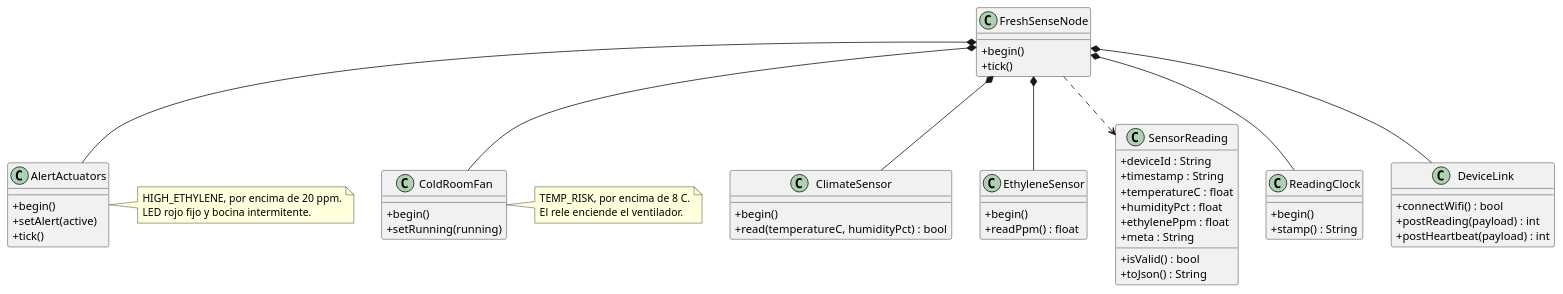
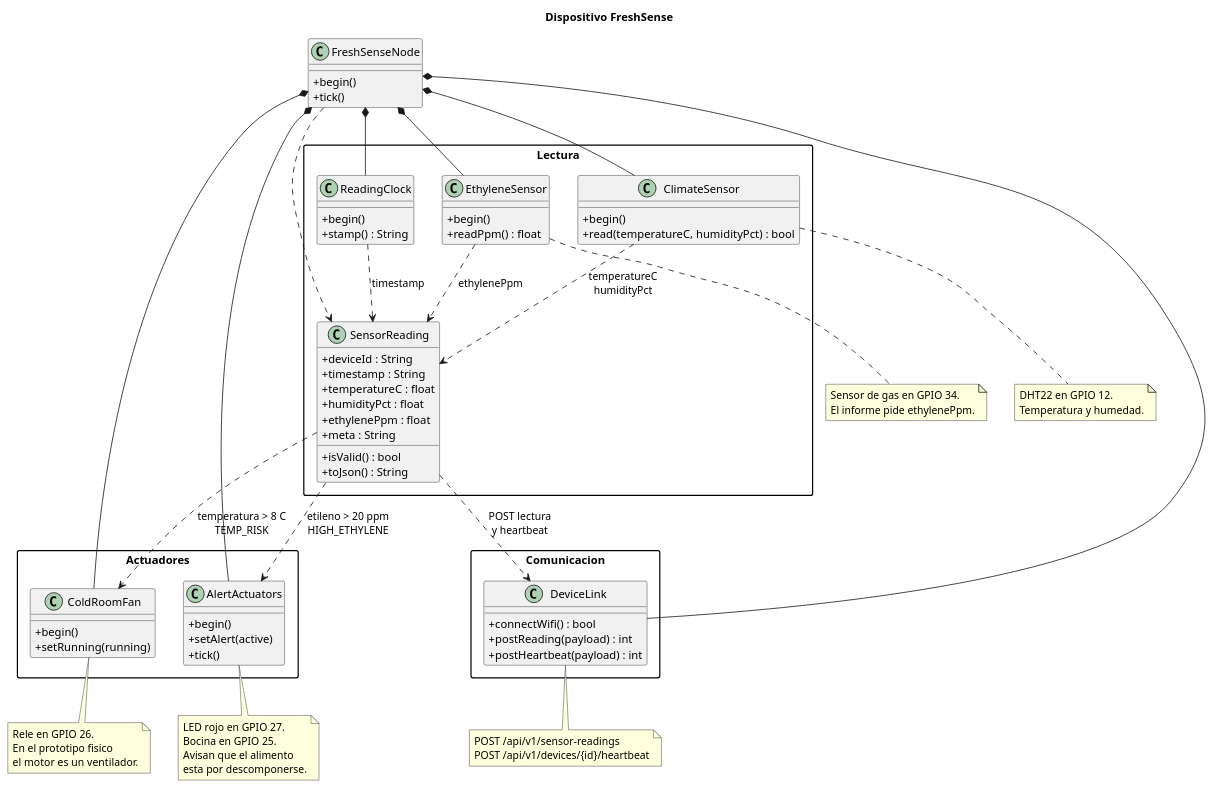
One commit to u202314019-MrOsoPanda/wokwi changed the diagram in docs/class-diagram.puml. Above: the diagram before and after it, drawn with PlantUML. The commit also changed 3 other files, not shown here.

Commit message:
Document the class diagram and explain each actuator in the firmware.

```diff
--- a/docs/class-diagram.puml
+++ b/docs/class-diagram.puml
@@ -1,69 +1,104 @@
 @startuml FreshSenseDevice
 skinparam classAttributeIconSize 0
+skinparam packageStyle rectangle
+skinparam shadowing false
 
-class ClimateSensor {
-  + begin()
-  + read(temperatureC, humidityPct) : bool
+title Dispositivo FreshSense
+
+package "Lectura" {
+  class ClimateSensor {
+    + begin()
+    + read(temperatureC, humidityPct) : bool
+  }
+
+  class EthyleneSensor {
+    + begin()
+    + readPpm() : float
+  }
+
+  class ReadingClock {
+    + begin()
+    + stamp() : String
+  }
+
+  class SensorReading {
+    + deviceId : String
+    + timestamp : String
+    + temperatureC : float
+    + humidityPct : float
+    + ethylenePpm : float
+    + meta : String
+    + isValid() : bool
+    + toJson() : String
+  }
 }
 
-class EthyleneSensor {
-  + begin()
-  + readPpm() : float
+package "Actuadores" {
+  class AlertActuators {
+    + begin()
+    + setAlert(active)
+    + tick()
+  }
+
+  class ColdRoomFan {
+    + begin()
+    + setRunning(running)
+  }
 }
 
-class SensorReading {
-  + deviceId : String
-  + timestamp : String
-  + temperatureC : float
-  + humidityPct : float
-  + ethylenePpm : float
-  + meta : String
-  + isValid() : bool
-  + toJson() : String
-}
-
-class ReadingClock {
-  + begin()
-  + stamp() : String
-}
-
-class AlertActuators {
-  + begin()
-  + setAlert(active)
-  + tick()
-}
-
-class ColdRoomFan {
-  + begin()
-  + setRunning(running)
-}
-
-class DeviceLink {
-  + connectWifi() : bool
-  + postReading(payload) : int
-  + postHeartbeat(payload) : int
+package "Comunicacion" {
+  class DeviceLink {
+    + connectWifi() : bool
+    + postReading(payload) : int
+    + postHeartbeat(payload) : int
+  }
 }
 
 class FreshSenseNode {
   + begin()
   + tick()
 }
 
 FreshSenseNode *-- ClimateSensor
 FreshSenseNode *-- EthyleneSensor
+FreshSenseNode *-- ReadingClock
 FreshSenseNode *-- AlertActuators
 FreshSenseNode *-- ColdRoomFan
-FreshSenseNode *-- ReadingClock
 FreshSenseNode *-- DeviceLink
 FreshSenseNode ..> SensorReading
 
-note right of AlertActuators
-  HIGH_ETHYLENE, por encima de 20 ppm.
-  LED rojo fijo y bocina intermitente.
+ClimateSensor ..> SensorReading : temperatureC\nhumidityPct
+EthyleneSensor ..> SensorReading : ethylenePpm
+ReadingClock ..> SensorReading : timestamp
+SensorReading ..> AlertActuators : etileno > 20 ppm\nHIGH_ETHYLENE
+SensorReading ..> ColdRoomFan : temperatura > 8 C\nTEMP_RISK
+SensorReading ..> DeviceLink : POST lectura\ny heartbeat
+
+note bottom of ClimateSensor
+  DHT22 en GPIO 12.
+  Temperatura y humedad.
 end note
 
-note right of ColdRoomFan
-  TEMP_RISK, por encima de 8 C.
-  El rele enciende el ventilador.
+note bottom of EthyleneSensor
+  Sensor de gas en GPIO 34.
+  El informe pide ethylenePpm.
+end note
+
+note bottom of AlertActuators
+  LED rojo en GPIO 27.
+  Bocina en GPIO 25.
+  Avisan que el alimento
+  esta por descomponerse.
+end note
+
+note bottom of ColdRoomFan
+  Rele en GPIO 26.
+  En el prototipo fisico
+  el motor es un ventilador.
+end note
+
+note bottom of DeviceLink
+  POST /api/v1/sensor-readings
+  POST /api/v1/devices/{id}/heartbeat
 end note
 @enduml
```
